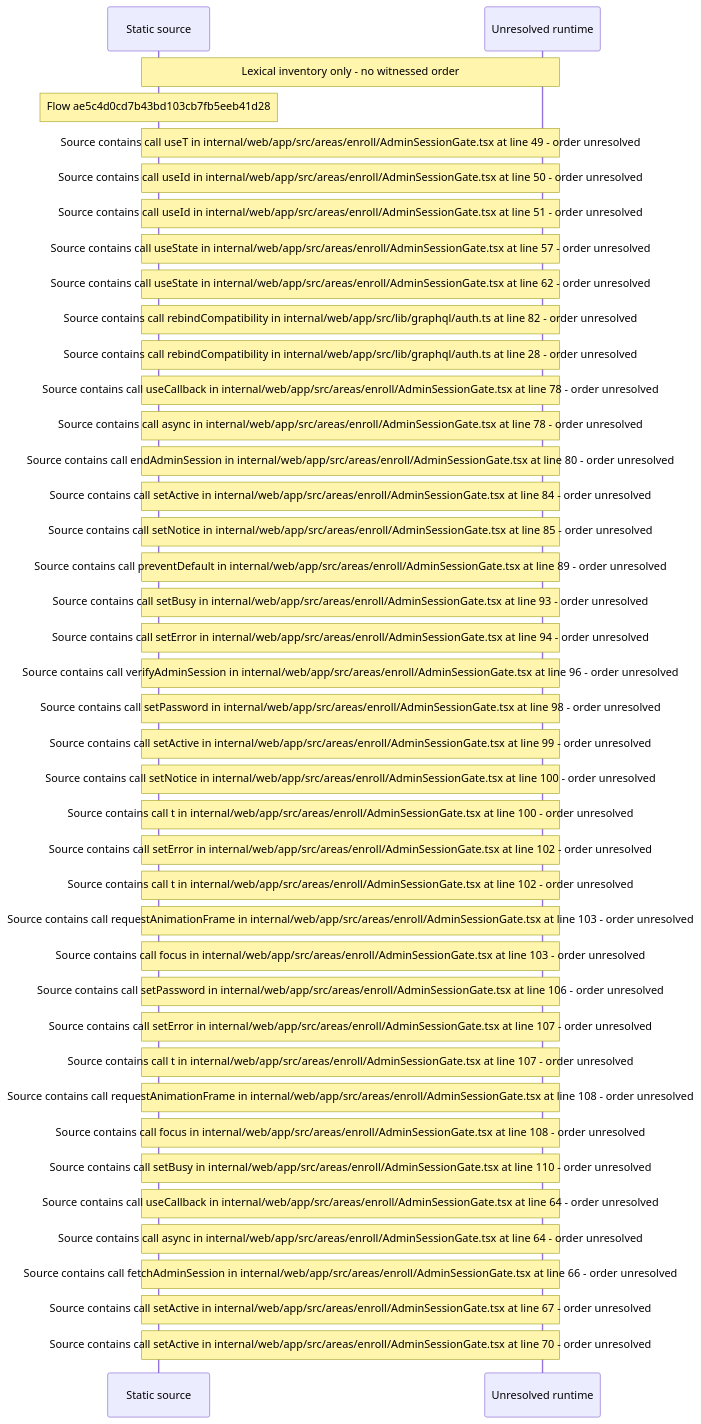
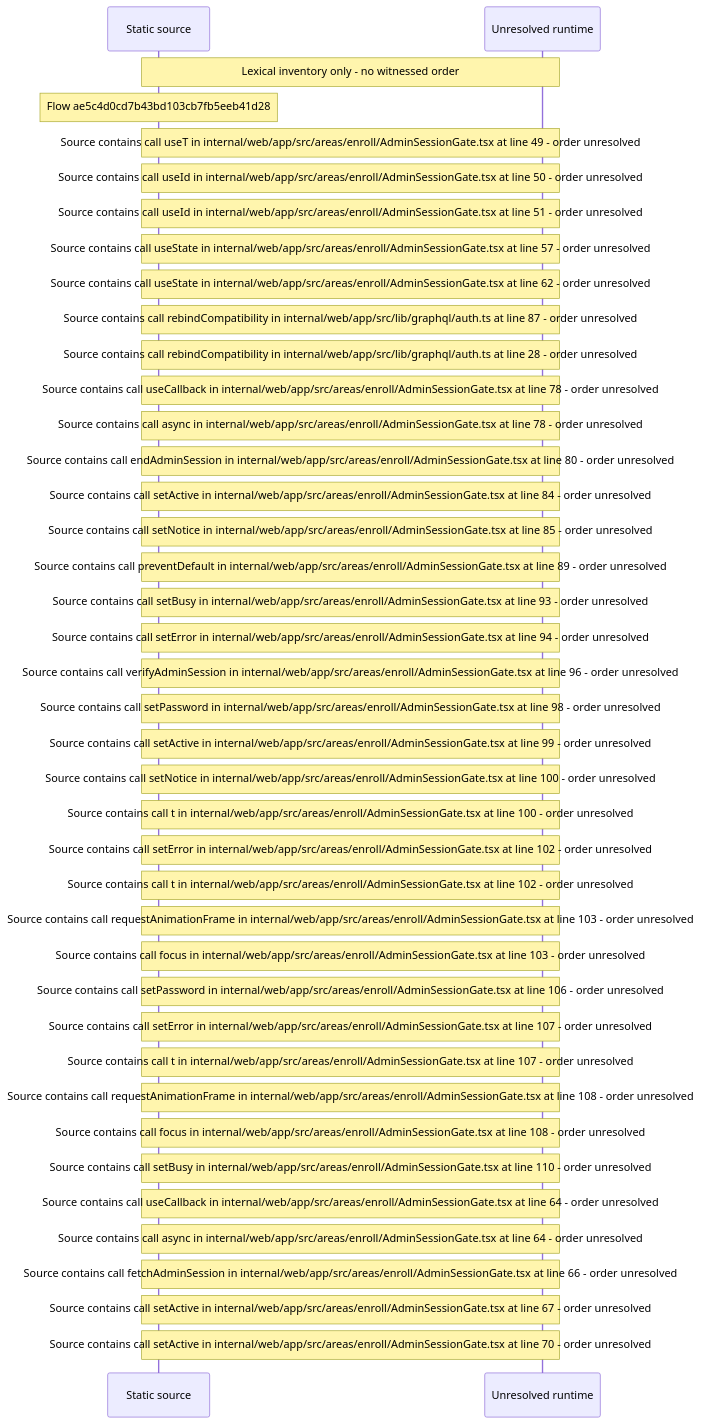
Before and after one commit to beamfall/core: the diagram in docs/web/flows/generated/ae5c4d0cd7b43bd103cb7fb5eeb41d28/flow-diagram.md, drawn with Mermaid. The commit also changed other lines of this file and 715 other files, not shown here.

First line of the commit message:
Regenerate the web flow record on main after CORE-1117

````diff
--- a/docs/web/flows/generated/ae5c4d0cd7b43bd103cb7fb5eeb41d28/flow-diagram.md
+++ b/docs/web/flows/generated/ae5c4d0cd7b43bd103cb7fb5eeb41d28/flow-diagram.md
@@ -10,42 +10,42 @@
 ```mermaid
 sequenceDiagram
     participant S as Static source
     participant U as Unresolved runtime
     Note over S,U: Lexical inventory only - no witnessed order
     Note over S: Flow ae5c4d0cd7b43bd103cb7fb5eeb41d28
     Note over S,U: Source contains call useT in internal/web/app/src/areas/enroll/AdminSessionGate.tsx at line 49 - order unresolved
     Note over S,U: Source contains call useId in internal/web/app/src/areas/enroll/AdminSessionGate.tsx at line 50 - order unresolved
     Note over S,U: Source contains call useId in internal/web/app/src/areas/enroll/AdminSessionGate.tsx at line 51 - order unresolved
     Note over S,U: Source contains call useState in internal/web/app/src/areas/enroll/AdminSessionGate.tsx at line 57 - order unresolved
     Note over S,U: Source contains call useState in internal/web/app/src/areas/enroll/AdminSessionGate.tsx at line 62 - order unresolved
-    Note over S,U: Source contains call rebindCompatibility in internal/web/app/src/lib/graphql/auth.ts at line 82 - order unresolved
+    Note over S,U: Source contains call rebindCompatibility in internal/web/app/src/lib/graphql/auth.ts at line 87 - order unresolved
     Note over S,U: Source contains call rebindCompatibility in internal/web/app/src/lib/graphql/auth.ts at line 28 - order unresolved
     Note over S,U: Source contains call useCallback in internal/web/app/src/areas/enroll/AdminSessionGate.tsx at line 78 - order unresolved
     Note over S,U: Source contains call async in internal/web/app/src/areas/enroll/AdminSessionGate.tsx at line 78 - order unresolved
     Note over S,U: Source contains call endAdminSession in internal/web/app/src/areas/enroll/AdminSessionGate.tsx at line 80 - order unresolved
     Note over S,U: Source contains call setActive in internal/web/app/src/areas/enroll/AdminSessionGate.tsx at line 84 - order unresolved
     Note over S,U: Source contains call setNotice in internal/web/app/src/areas/enroll/AdminSessionGate.tsx at line 85 - order unresolved
     Note over S,U: Source contains call preventDefault in internal/web/app/src/areas/enroll/AdminSessionGate.tsx at line 89 - order unresolved
     Note over S,U: Source contains call setBusy in internal/web/app/src/areas/enroll/AdminSessionGate.tsx at line 93 - order unresolved
     Note over S,U: Source contains call setError in internal/web/app/src/areas/enroll/AdminSessionGate.tsx at line 94 - order unresolved
     Note over S,U: Source contains call verifyAdminSession in internal/web/app/src/areas/enroll/AdminSessionGate.tsx at line 96 - order unresolved
     Note over S,U: Source contains call setPassword in internal/web/app/src/areas/enroll/AdminSessionGate.tsx at line 98 - order unresolved
     Note over S,U: Source contains call setActive in internal/web/app/src/areas/enroll/AdminSessionGate.tsx at line 99 - order unresolved
     Note over S,U: Source contains call setNotice in internal/web/app/src/areas/enroll/AdminSessionGate.tsx at line 100 - order unresolved
     Note over S,U: Source contains call t in internal/web/app/src/areas/enroll/AdminSessionGate.tsx at line 100 - order unresolved
     Note over S,U: Source contains call setError in internal/web/app/src/areas/enroll/AdminSessionGate.tsx at line 102 - order unresolved
     Note over S,U: Source contains call t in internal/web/app/src/areas/enroll/AdminSessionGate.tsx at line 102 - order unresolved
     Note over S,U: Source contains call requestAnimationFrame in internal/web/app/src/areas/enroll/AdminSessionGate.tsx at line 103 - order unresolved
     Note over S,U: Source contains call focus in internal/web/app/src/areas/enroll/AdminSessionGate.tsx at line 103 - order unresolved
     Note over S,U: Source contains call setPassword in internal/web/app/src/areas/enroll/AdminSessionGate.tsx at line 106 - order unresolved
     Note over S,U: Source contains call setError in internal/web/app/src/areas/enroll/AdminSessionGate.tsx at line 107 - order unresolved
     Note over S,U: Source contains call t in internal/web/app/src/areas/enroll/AdminSessionGate.tsx at line 107 - order unresolved
     Note over S,U: Source contains call requestAnimationFrame in internal/web/app/src/areas/enroll/AdminSessionGate.tsx at line 108 - order unresolved
     Note over S,U: Source contains call focus in internal/web/app/src/areas/enroll/AdminSessionGate.tsx at line 108 - order unresolved
     Note over S,U: Source contains call setBusy in internal/web/app/src/areas/enroll/AdminSessionGate.tsx at line 110 - order unresolved
     Note over S,U: Source contains call useCallback in internal/web/app/src/areas/enroll/AdminSessionGate.tsx at line 64 - order unresolved
     Note over S,U: Source contains call async in internal/web/app/src/areas/enroll/AdminSessionGate.tsx at line 64 - order unresolved
     Note over S,U: Source contains call fetchAdminSession in internal/web/app/src/areas/enroll/AdminSessionGate.tsx at line 66 - order unresolved
     Note over S,U: Source contains call setActive in internal/web/app/src/areas/enroll/AdminSessionGate.tsx at line 67 - order unresolved
     Note over S,U: Source contains call setActive in internal/web/app/src/areas/enroll/AdminSessionGate.tsx at line 70 - order unresolved
 ```
````
